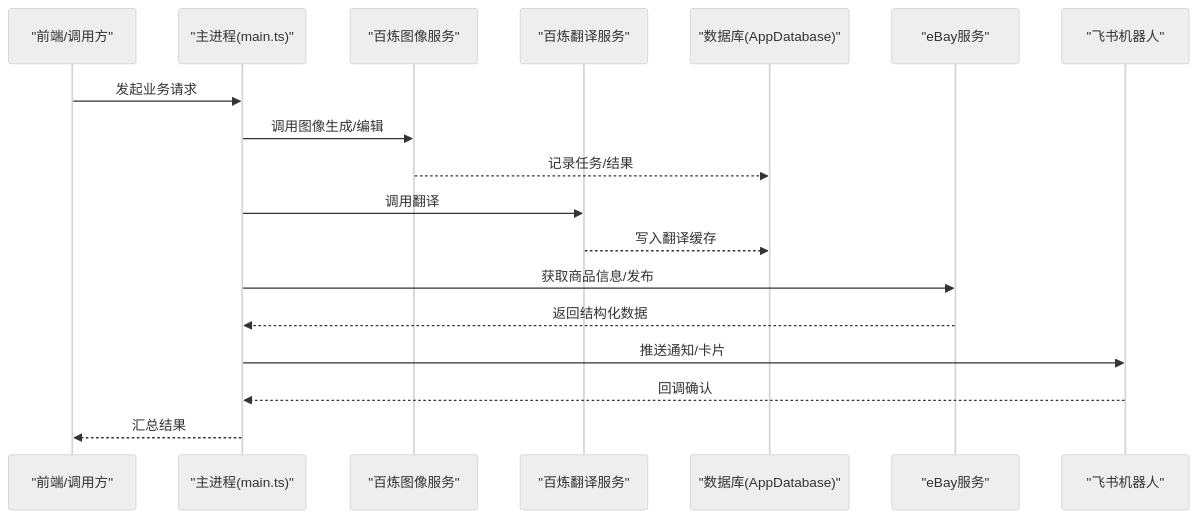
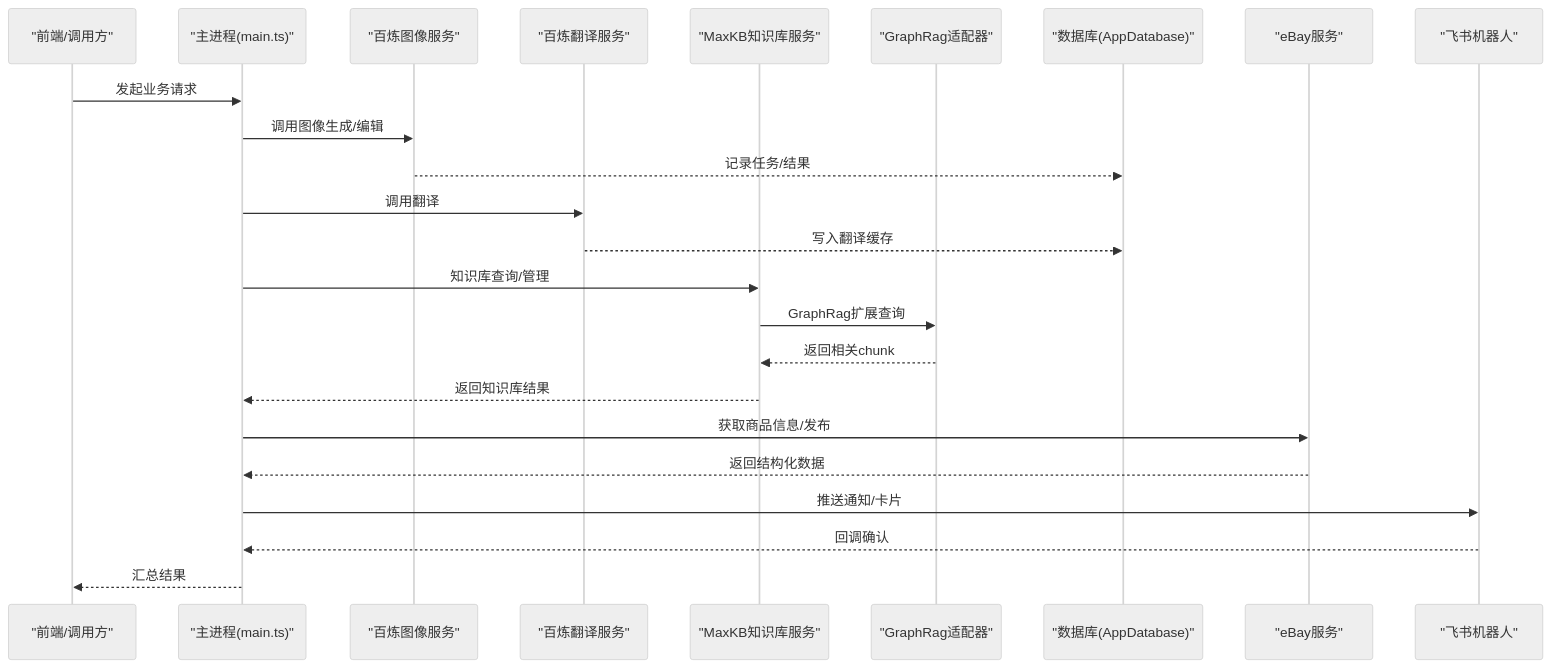
The second of 12 diagrams in .qoder/repowiki/zh/content/核心服务/核心服务.md (iljahofbauer219-lang/yandu), drawn with Mermaid (neutral theme) before and after one commit. The commit also changed other lines of this file and 340 other files, not shown here.

````diff
--- a/.qoder/repowiki/zh/content/核心服务/核心服务.md
+++ b/.qoder/repowiki/zh/content/核心服务/核心服务.md
@@ -170,20 +213,26 @@
 ```mermaid
 sequenceDiagram
 participant UI as "前端/调用方"
 participant Main as "主进程(main.ts)"
 participant ImgSvc as "百炼图像服务"
 participant TransSvc as "百炼翻译服务"
+participant KB as "MaxKB知识库服务"
+participant Graph as "GraphRag适配器"
 participant DB as "数据库(AppDatabase)"
 participant EB as "eBay服务"
 participant Bot as "飞书机器人"
 UI->>Main : 发起业务请求
 Main->>ImgSvc : 调用图像生成/编辑
 ImgSvc-->>DB : 记录任务/结果
 Main->>TransSvc : 调用翻译
 TransSvc-->>DB : 写入翻译缓存
+Main->>KB : 知识库查询/管理
+KB->>Graph : GraphRag扩展查询
+Graph-->>KB : 返回相关chunk
+KB-->>Main : 返回知识库结果
 Main->>EB : 获取商品信息/发布
 EB-->>Main : 返回结构化数据
 Main->>Bot : 推送通知/卡片
 Bot-->>Main : 回调确认
 Main-->>UI : 汇总结果
 ```
````
